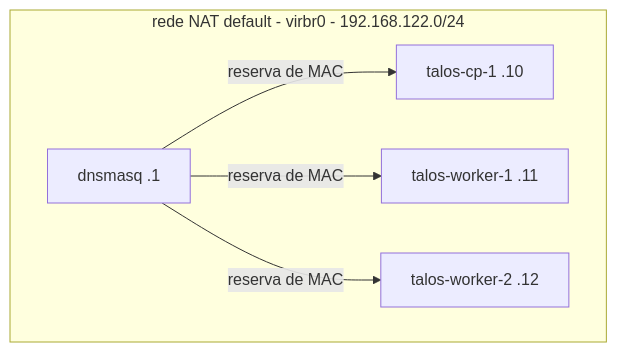
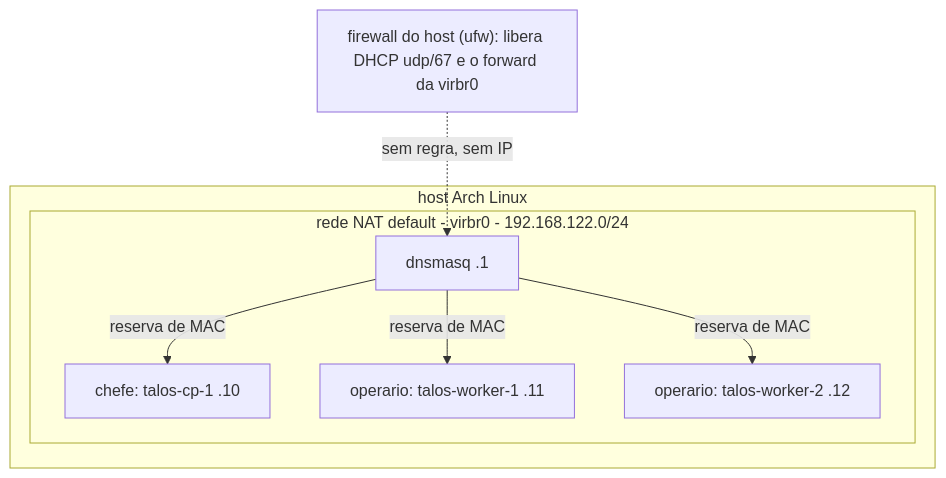
One commit to heitorfreitasferreira/k8s-gitops-platform changed the third of 6 diagrams in terraform/infra/README.md. Above: the diagram before and after it, drawn with Mermaid. The commit also changed other lines of this file, not shown here.

````diff
--- a/terraform/infra/README.md
+++ b/terraform/infra/README.md
@@ -11,12 +66,16 @@
 ```mermaid
 flowchart TB
-  subgraph net["rede NAT default - virbr0 - 192.168.122.0/24"]
-    dnsmasq["dnsmasq .1"]
-    cp["talos-cp-1 .10"]
-    w1["talos-worker-1 .11"]
-    w2["talos-worker-2 .12"]
+  fw["firewall do host (ufw): libera DHCP udp/67 e o forward da virbr0"]
+  subgraph host["host Arch Linux"]
+    subgraph net["rede NAT default - virbr0 - 192.168.122.0/24"]
+      dnsmasq["dnsmasq .1"]
+      cp["chefe: talos-cp-1 .10"]
+      w1["operario: talos-worker-1 .11"]
+      w2["operario: talos-worker-2 .12"]
+    end
   end
+  fw -.sem regra, sem IP.-> dnsmasq
   dnsmasq -->|reserva de MAC| cp
   dnsmasq -->|reserva de MAC| w1
   dnsmasq -->|reserva de MAC| w2
 ```
````
